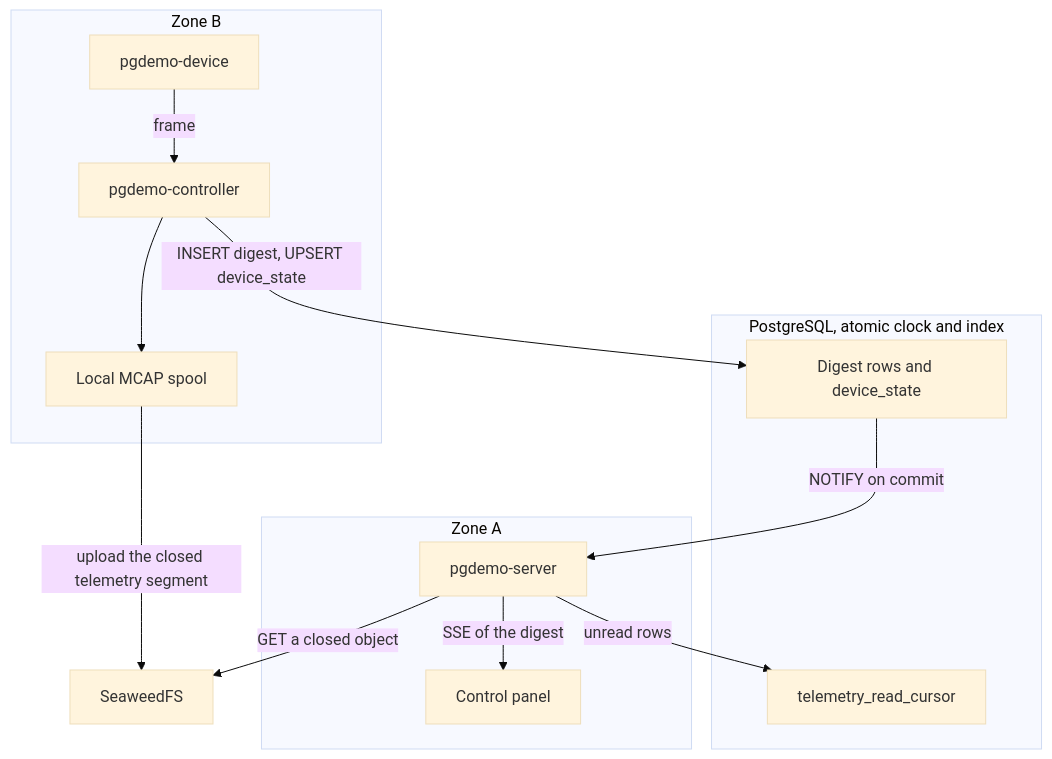
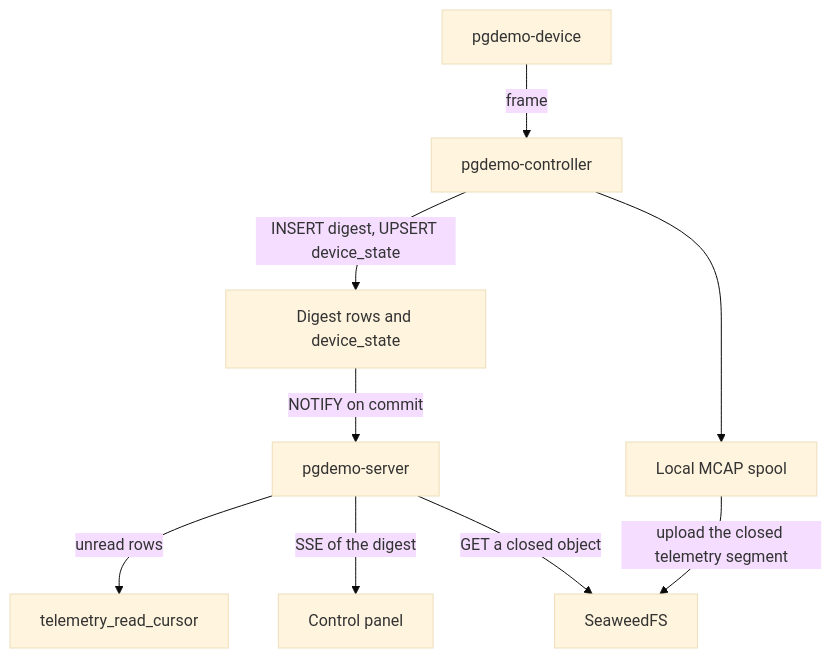
The first of 5 diagrams in TODO.md (jgmatu/postgresql), drawn with Mermaid (base theme) before and after one commit. The commit also changed other lines of this file and 8 other files, not shown here.

Commit message:
Draw bridges, namespaces and private keys only in the operational README so other docs stop showing one database per zone.

````diff
--- a/TODO.md
+++ b/TODO.md
@@ -43,26 +43,20 @@
 ```mermaid
 flowchart TB
-    subgraph zoneA [Zone A]
-        panel[Control panel]
-        server[pgdemo-server]
-    end
-    subgraph database ["PostgreSQL, atomic clock and index"]
-        digest[Digest rows and device_state]
-        cursor[telemetry_read_cursor]
-    end
-    subgraph zoneB [Zone B]
-        worker[pgdemo-device]
-        controller[pgdemo-controller]
-        spool[Local MCAP spool]
-    end
+    panel[Control panel]
+    server[pgdemo-server]
+    digest[Digest rows and device_state]
+    cursor[telemetry_read_cursor]
+    worker[pgdemo-device]
+    controller[pgdemo-controller]
+    spool[Local MCAP spool]
     seaweed[SeaweedFS]
 
     worker -->|frame| controller
     controller -->|INSERT digest, UPSERT device_state| digest
     digest -->|NOTIFY on commit| server
     server -->|unread rows| cursor
     server -->|SSE of the digest| panel
     server -->|GET a closed object| seaweed
     controller --> spool
     spool -->|upload the closed telemetry segment| seaweed
 ```
````
